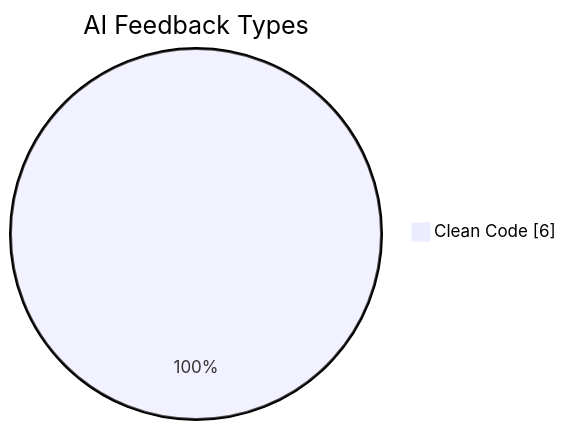
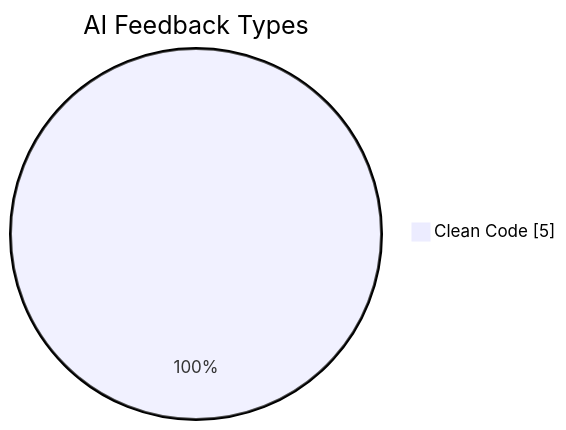
Before and after one commit to JakubPawinski/gitcode-solutions: the fourth of 6 diagrams in README.md, drawn with Mermaid. The commit also changed other lines of this file, not shown here.

````diff
--- a/README.md
+++ b/README.md
@@ -162,5 +164,5 @@
 ```mermaid
 pie showData
     title AI Feedback Types
-    "Clean Code" : 6
+    "Clean Code" : 5
 ```
````
